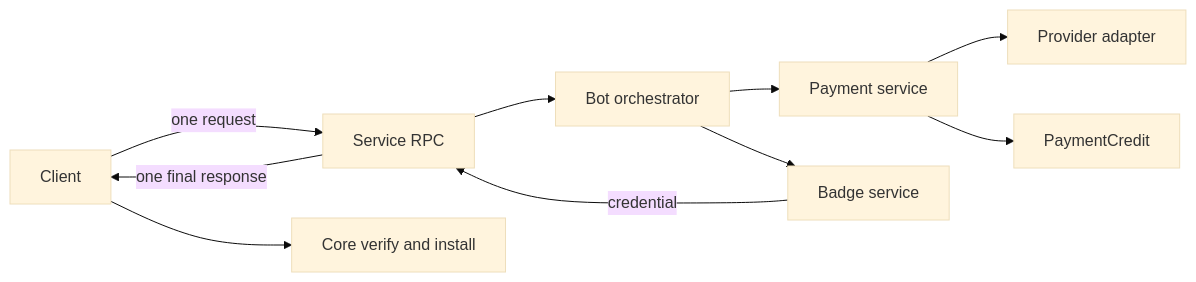
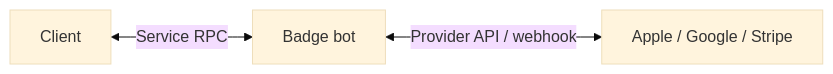
The first of 6 diagrams in plans/2026-07-20-supporter-badges-v2-implementation.md (simplex-chat/simplex-chat), drawn with Mermaid (base theme) before and after one commit. The commit also changed other lines of this file and 4 other files, not shown here.

````diff
--- a/plans/2026-07-20-supporter-badges-v2-implementation.md
+++ b/plans/2026-07-20-supporter-badges-v2-implementation.md
@@ -29,12 +29,5 @@
 ```mermaid
 flowchart LR
-  C[Client] -->|one request| R[Service RPC]
-  R --> O[Bot orchestrator]
-  O --> P[Payment service]
-  P --> V[Provider adapter]
-  P --> X[PaymentCredit]
-  O --> B[Badge service]
-  B -->|credential| R
-  R -->|one final response| C
-  C --> K[Core verify and install]
+  C[Client] <-->|Service RPC| B[Badge bot]
+  B <-->|Provider API / webhook| S[Apple / Google / Stripe]
 ```
````
